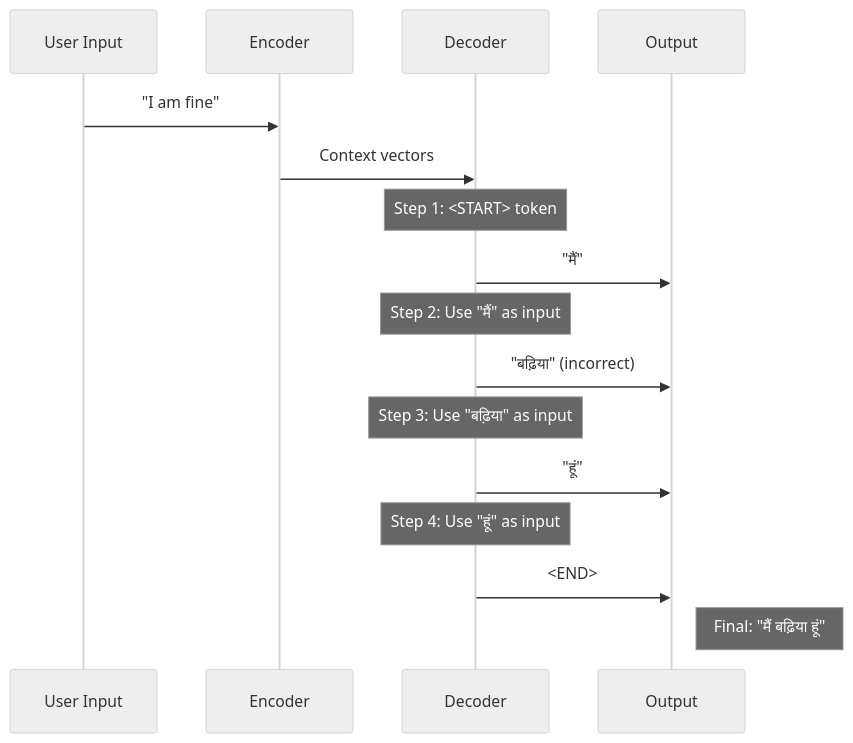
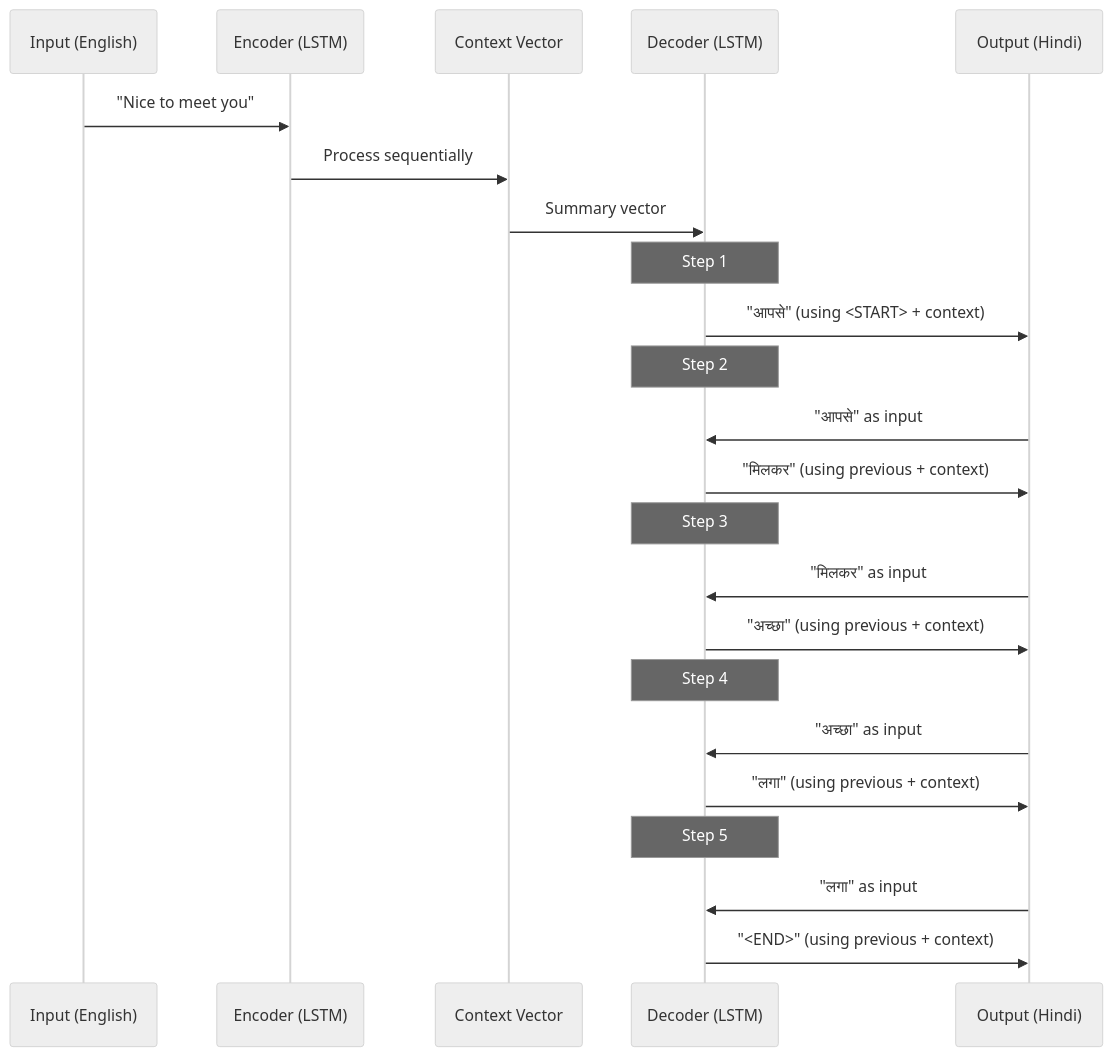
One commit to Sankhyesh/AI-Learning-Roadmap-2024 changed the third of 55 diagrams in CampusX/100-days-deep-learning/81-masked-multi-head-attention-transformer-decoder.md. Above: the diagram before and after it, drawn with Mermaid (neutral theme). The commit also changed other lines of this file, not shown here.

Commit message:
Implement feature X to enhance user experience and fix bug Y in module Z

````diff
--- a/CampusX/100-days-deep-learning/81-masked-multi-head-attention-transformer-decoder.md
+++ b/CampusX/100-days-deep-learning/81-masked-multi-head-attention-transformer-decoder.md
@@ -43,24 +122,31 @@
 ```mermaid
 sequenceDiagram
-    participant U as User Input
-    participant E as Encoder
-    participant D as Decoder
-    participant O as Output
+    participant I as Input (English)
+    participant E as Encoder (LSTM)
+    participant C as Context Vector
+    participant D as Decoder (LSTM)
+    participant O as Output (Hindi)
     
-    U->>E: "I am fine"
-    E->>D: Context vectors
+    I->>E: "Nice to meet you"
+    E->>C: Process sequentially
+    C->>D: Summary vector
     
-    Note over D: Step 1: <START> token
-    D->>O: "मैं"
+    Note over D: Step 1
+    D->>O: "आपसे" (using <START> + context)
     
-    Note over D: Step 2: Use "मैं" as input
-    D->>O: "बढ़िया" (incorrect)
+    Note over D: Step 2
+    O->>D: "आपसे" as input
+    D->>O: "मिलकर" (using previous + context)
     
-    Note over D: Step 3: Use "बढ़िया" as input
-    D->>O: "हूं"
+    Note over D: Step 3
+    O->>D: "मिलकर" as input
+    D->>O: "अच्छा" (using previous + context)
     
-    Note over D: Step 4: Use "हूं" as input
-    D->>O: <END>
+    Note over D: Step 4
+    O->>D: "अच्छा" as input
+    D->>O: "लगा" (using previous + context)
     
-    Note right of O: Final: "मैं बढ़िया हूं"
+    Note over D: Step 5
+    O->>D: "लगा" as input
+    D->>O: "<END>" (using previous + context)
 ```
````
